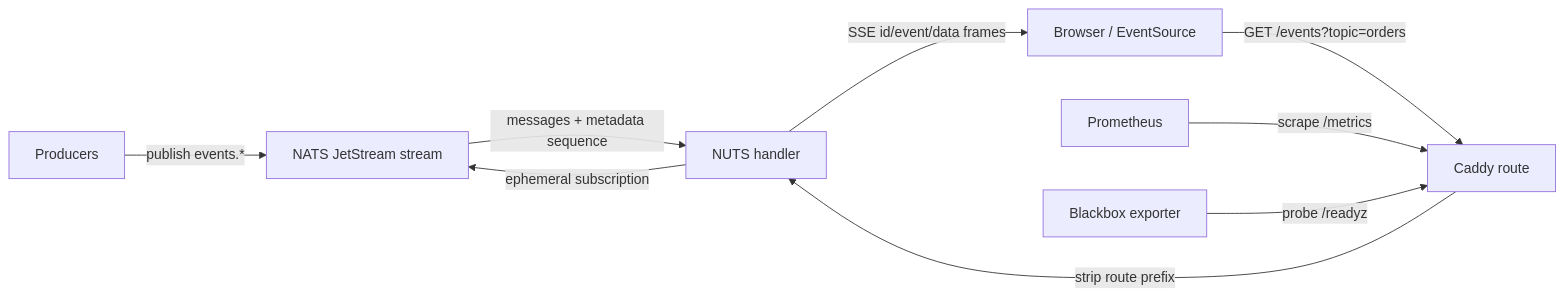
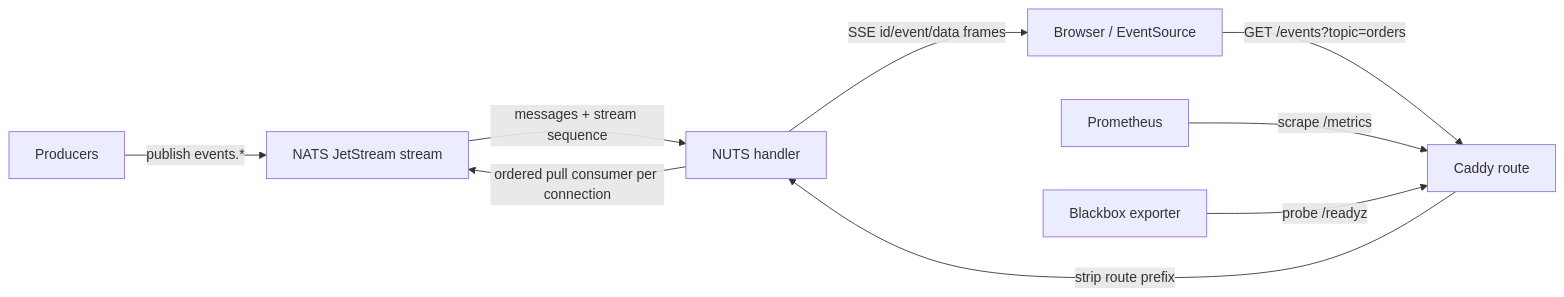
One commit to ideaconnect/nuts changed the first of 3 diagrams in docs/ARCHITECTURE.md. Above: the diagram before and after it, drawn with Mermaid. The commit also changed other lines of this file and 15 other files, not shown here.

````diff
--- a/docs/ARCHITECTURE.md
+++ b/docs/ARCHITECTURE.md
@@ -10,11 +11,11 @@
 ```mermaid
 flowchart LR
   producer[Producers] -->|publish events.*| stream[NATS JetStream stream]
   browser[Browser / EventSource] -->|GET /events?topic=orders| caddy[Caddy route]
   caddy -->|strip route prefix| nuts[NUTS handler]
-  nuts -->|ephemeral subscription| stream
-  stream -->|messages + metadata sequence| nuts
+  nuts -->|ordered pull consumer per connection| stream
+  stream -->|messages + stream sequence| nuts
   nuts -->|SSE id/event/data frames| browser
   prometheus[Prometheus] -->|scrape /metrics| caddy
   blackbox[Blackbox exporter] -->|probe /readyz| caddy
 ```
````
